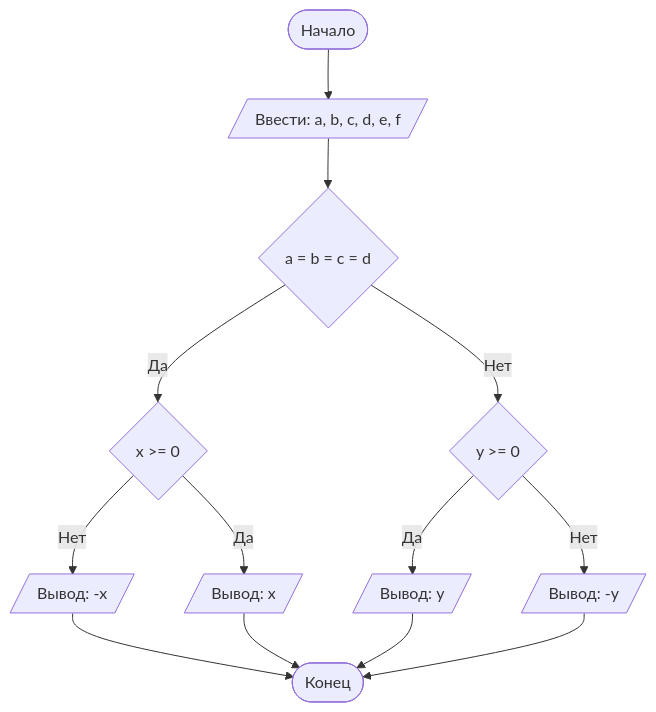
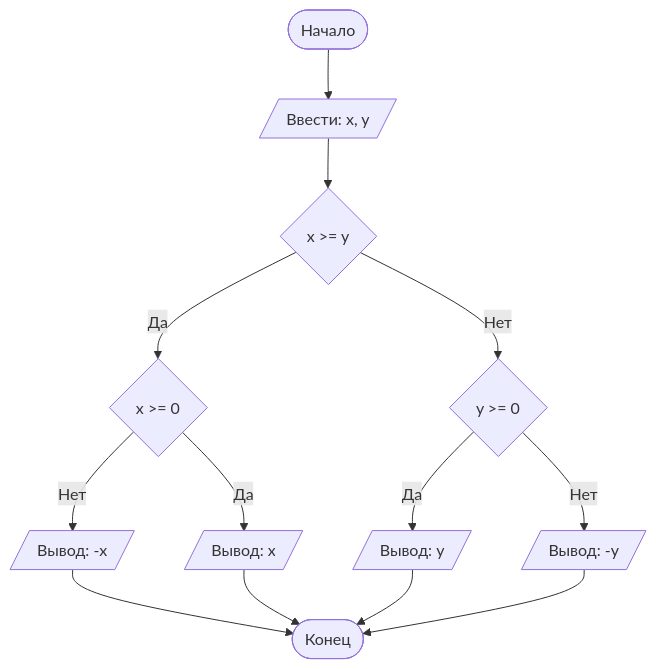
Before and after one commit to Kichkiruk/LabExample: the diagram in Example.md, drawn with Mermaid.

````diff
--- a/Example.md
+++ b/Example.md
@@ -91,16 +91,16 @@
 ```mermaid
 graph TD
-    A([Начало]) --> B[/Ввести: a, b, c, d, e, f/]
-    B --> C{a = b = c = d}
+    A([Начало]) --> B[/Ввести: x, y/]
+    B --> C{x >= y}
     C -- Нет --> D{y >= 0}
     D -- Нет --> E[/Вывод: -y/]
     D -- Да --> H[/Вывод: y/]
     C -- Да --> I{x >= 0}
     I -- Нет --> J[/Вывод: -x/]
     I -- Да --> K[/Вывод: x/]
     J --> Z
     K --> Z
     H --> Z
     E --> Z([Конец])
 
 ```
````
